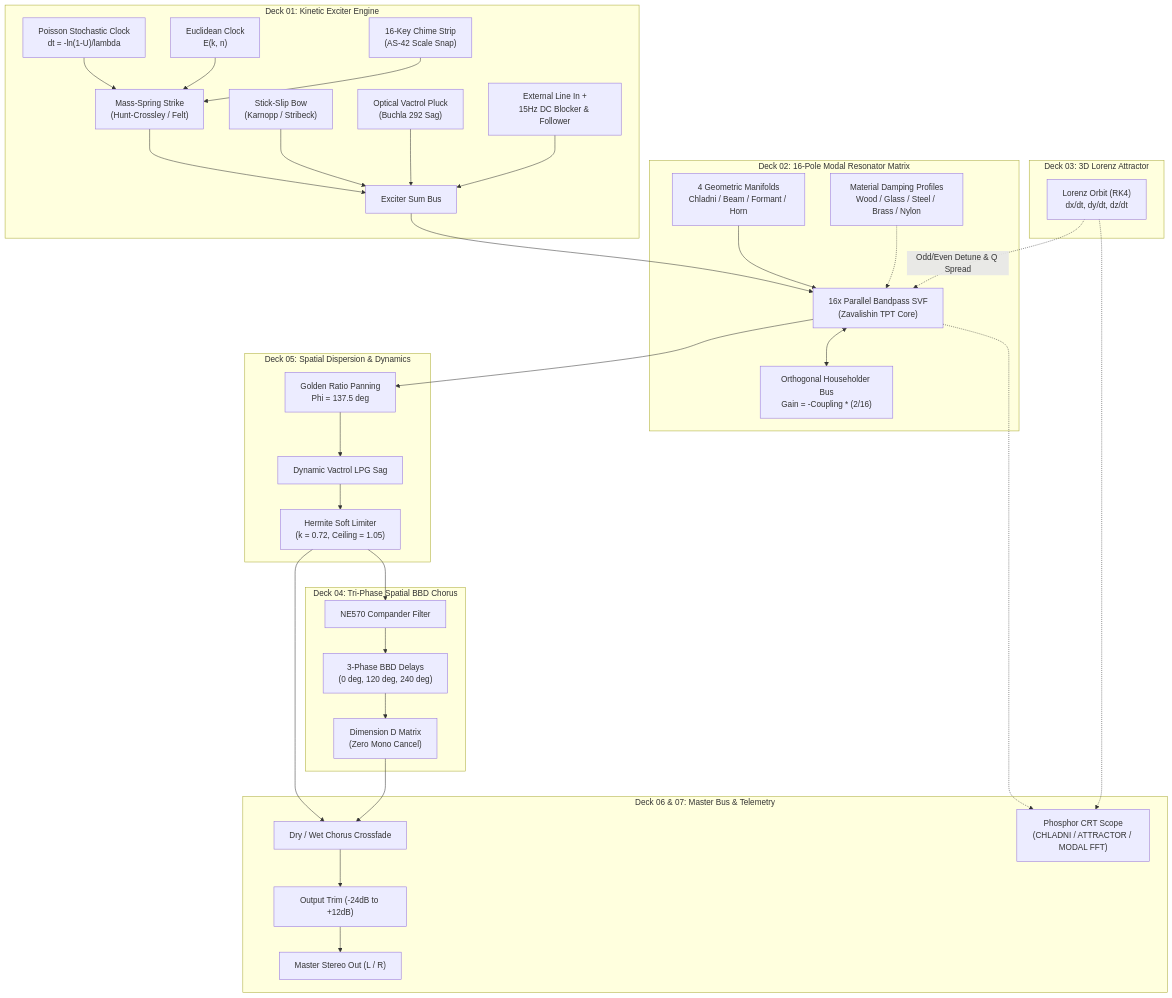
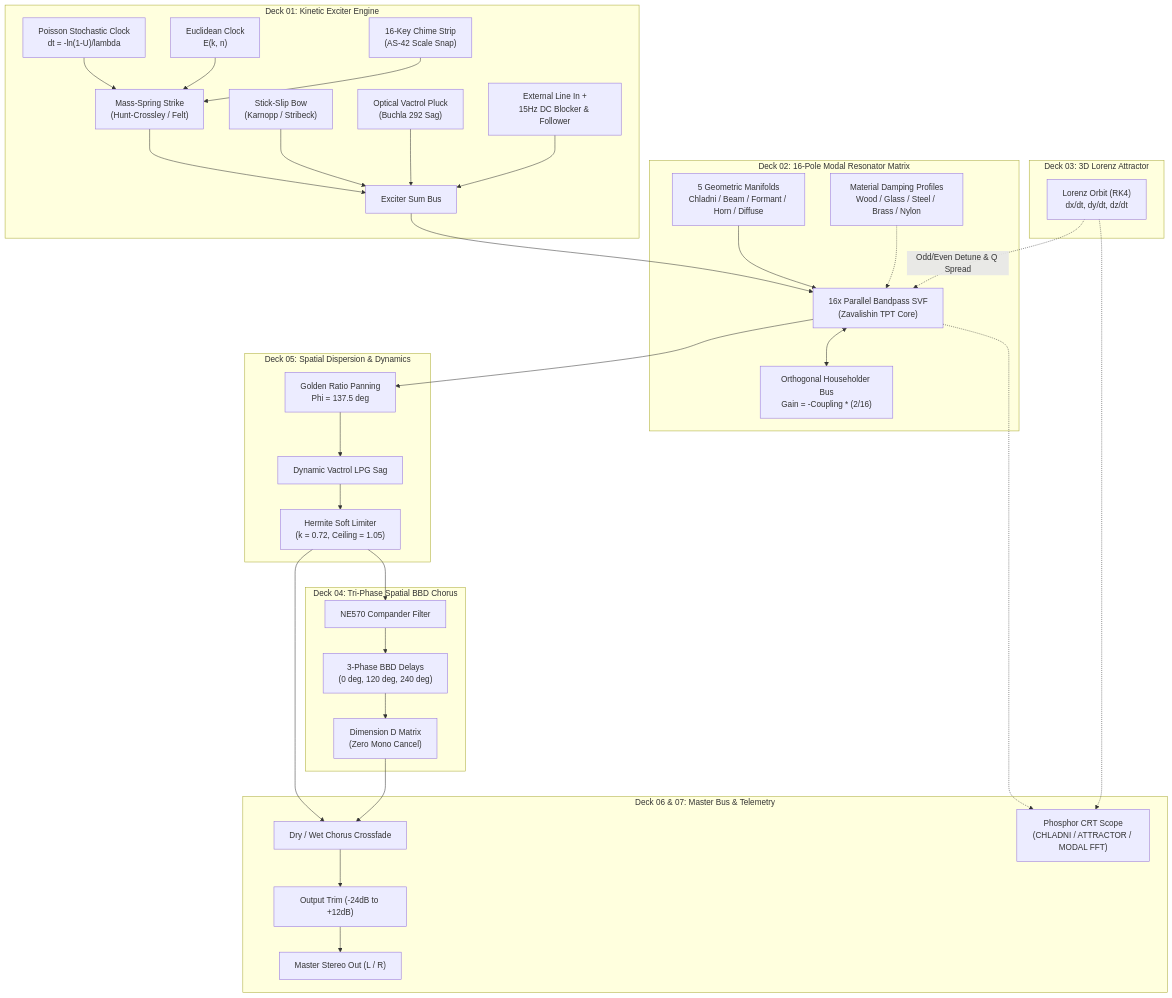
The diagram in ARCHITECTURE.md (sneed-and-feed/braun_mr-16), drawn with Mermaid before and after one commit. The commit also changed other lines of this file and 51 other files, not shown here.

````diff
--- a/ARCHITECTURE.md
+++ b/ARCHITECTURE.md
@@ -21,74 +21,74 @@
 ```mermaid
 graph TD
     subgraph S1["Deck 01: Kinetic Exciter Engine"]
         EX_STRIKE["Mass-Spring Strike<br/>(Hunt-Crossley / Felt)"]
         EX_FRICTION["Stick-Slip Bow<br/>(Karnopp / Stribeck)"]
         EX_VACTROL["Optical Vactrol Pluck<br/>(Buchla 292 Sag)"]
         EX_EXT["External Line In +<br/>15Hz DC Blocker & Follower"]
         
         CLK_POISSON["Poisson Stochastic Clock<br/>dt = -ln(1-U)/lambda"]
         CLK_EUCLID["Euclidean Clock<br/>E(k, n)"]
         KEY_CHIME["16-Key Chime Strip<br/>(AS-42 Scale Snap)"]
         
         CLK_POISSON --> EX_STRIKE
         CLK_EUCLID --> EX_STRIKE
         KEY_CHIME --> EX_STRIKE
         
         EX_BUS["Exciter Sum Bus"]
         EX_STRIKE --> EX_BUS
         EX_FRICTION --> EX_BUS
         EX_VACTROL --> EX_BUS
         EX_EXT --> EX_BUS
     end
 
     subgraph S3["Deck 03: 3D Lorenz Attractor"]
         LORENZ["Lorenz Orbit (RK4)<br/>dx/dt, dy/dt, dz/dt"]
     end
 
     subgraph S2["Deck 02: 16-Pole Modal Resonator Matrix"]
-        MANIFOLDS["4 Geometric Manifolds<br/>Chladni / Beam / Formant / Horn"]
+        MANIFOLDS["5 Geometric Manifolds<br/>Chladni / Beam / Formant / Horn / Diffuse"]
         FILTERS["16x Parallel Bandpass SVF<br/>(Zavalishin TPT Core)"]
         HOUSEHOLDER["Orthogonal Householder Bus<br/>Gain = -Coupling * (2/16)"]
         MATERIALS["Material Damping Profiles<br/>Wood / Glass / Steel / Brass / Nylon"]
         
         EX_BUS --> FILTERS
         MANIFOLDS --> FILTERS
         MATERIALS -.-> FILTERS
         LORENZ -. "Odd/Even Detune & Q Spread" .-> FILTERS
         FILTERS <--> HOUSEHOLDER
     end
 
     subgraph S5["Deck 05: Spatial Dispersion & Dynamics"]
         PAN["Golden Ratio Panning<br/>Phi = 137.5 deg"]
         LPG["Dynamic Vactrol LPG Sag"]
         SAT["Hermite Soft Limiter<br/>(k = 0.72, Ceiling = 1.05)"]
         
         FILTERS --> PAN
         PAN --> LPG
         LPG --> SAT
     end
 
     subgraph S4["Deck 04: Tri-Phase Spatial BBD Chorus"]
         BBD["3-Phase BBD Delays<br/>(0 deg, 120 deg, 240 deg)"]
         COMPANDER["NE570 Compander Filter"]
         DIMENSION["Dimension D Matrix<br/>(Zero Mono Cancel)"]
         
         SAT --> COMPANDER
         COMPANDER --> BBD
         BBD --> DIMENSION
     end
 
     subgraph S6["Deck 06 & 07: Master Bus & Telemetry"]
         CHORUS_BLEND["Dry / Wet Chorus Crossfade"]
         MASTER_TRIM["Output Trim (-24dB to +12dB)"]
         CRT["Phosphor CRT Scope<br/>(CHLADNI / ATTRACTOR / MODAL FFT)"]
         OUT["Master Stereo Out (L / R)"]
         
         SAT --> CHORUS_BLEND
         DIMENSION --> CHORUS_BLEND
         CHORUS_BLEND --> MASTER_TRIM
         MASTER_TRIM --> OUT
         FILTERS -.-> CRT
         LORENZ -.-> CRT
     end
 ```
````
